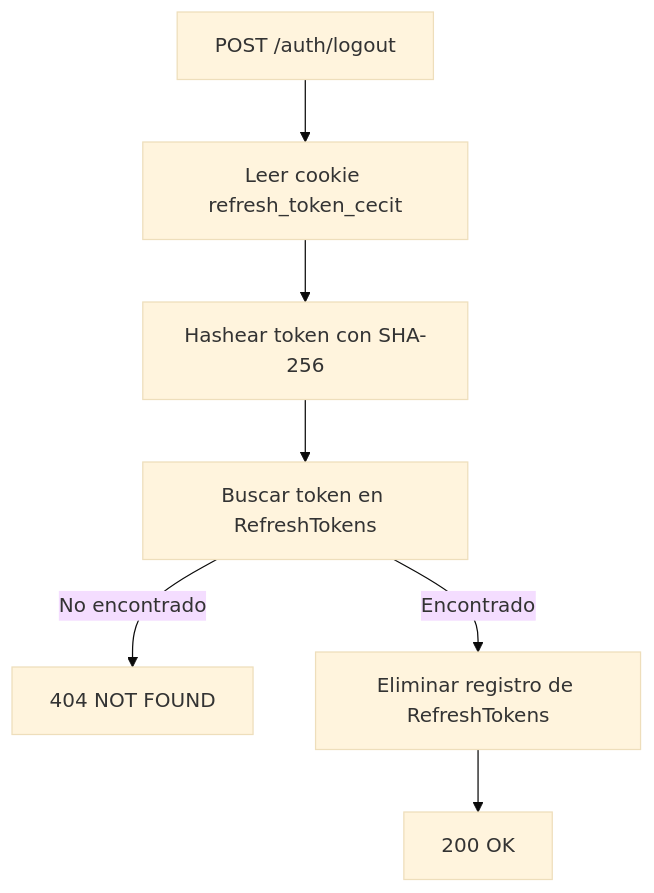
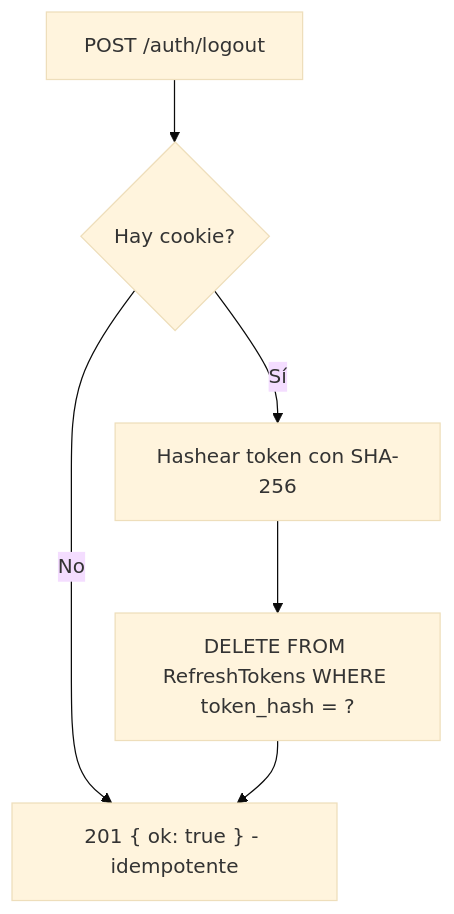
One commit to FedeLupianez/cecit-backend changed the fifth of 10 diagrams in docs/tecnical/auth.md. Above: the diagram before and after it, drawn with Mermaid (base theme). The commit also changed other lines of this file and 24 other files, not shown here.

````diff
--- a/docs/tecnical/auth.md
+++ b/docs/tecnical/auth.md
@@ -194,9 +266,8 @@
 ```mermaid
 flowchart TD
-    A[POST /auth/logout] --> B[Leer cookie refresh_token_cecit]
-    B --> C[Hashear token con SHA-256]
-    C --> D[Buscar token en RefreshTokens]
-    D -->|No encontrado| E[404 NOT FOUND]
-    D -->|Encontrado| F[Eliminar registro de RefreshTokens]
-    F --> G[200 OK]
+    A[POST /auth/logout] --> B{Hay cookie?}
+    B -->|No| C["201 { ok: true } - idempotente"]
+    B -->|Sí| D[Hashear token con SHA-256]
+    D --> E[DELETE FROM RefreshTokens WHERE token_hash = ?]
+    E --> C
 ```
````
